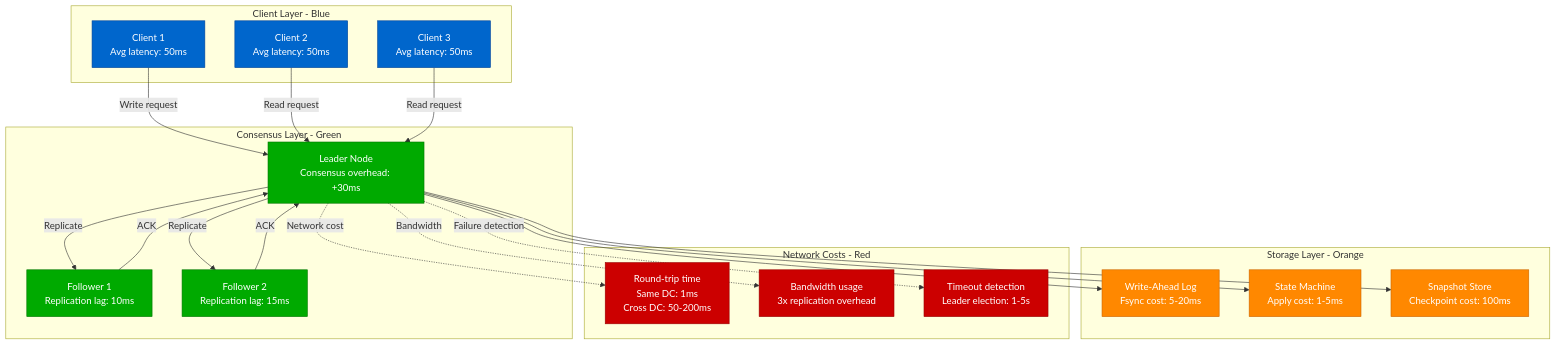
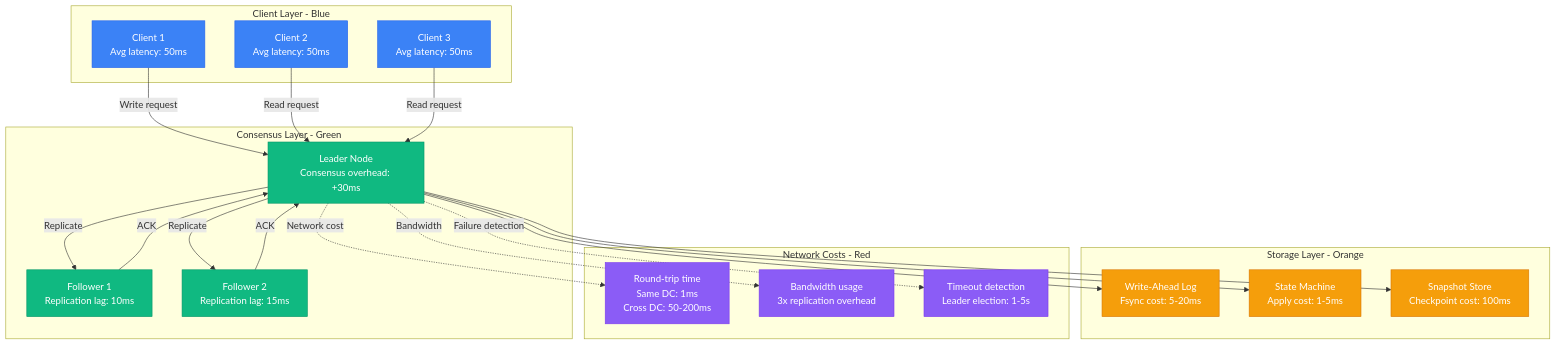
The first of 10 diagrams in site/docs/guarantees/linearizability/linearizability-performance.md (deepaucksharma/DS), drawn with Mermaid before and after one commit. The commit also changed other lines of this file and 303 other files, not shown here.

````diff
--- a/site/docs/guarantees/linearizability/linearizability-performance.md
+++ b/site/docs/guarantees/linearizability/linearizability-performance.md
@@ -9,55 +9,55 @@
 ```mermaid
 graph TB
     subgraph ClientLayer[Client Layer - Blue]
         C1[Client 1<br/>Avg latency: 50ms]
         C2[Client 2<br/>Avg latency: 50ms]
         C3[Client 3<br/>Avg latency: 50ms]
     end
 
     subgraph ConsensusLayer[Consensus Layer - Green]
         L[Leader Node<br/>Consensus overhead: +30ms]
         F1[Follower 1<br/>Replication lag: 10ms]
         F2[Follower 2<br/>Replication lag: 15ms]
     end
 
     subgraph StorageLayer[Storage Layer - Orange]
         WAL[Write-Ahead Log<br/>Fsync cost: 5-20ms]
         SM[State Machine<br/>Apply cost: 1-5ms]
         SS[Snapshot Store<br/>Checkpoint cost: 100ms]
     end
 
     subgraph NetworkLayer[Network Costs - Red]
         RTT[Round-trip time<br/>Same DC: 1ms<br/>Cross DC: 50-200ms]
         BW[Bandwidth usage<br/>3x replication overhead]
         TO[Timeout detection<br/>Leader election: 1-5s]
     end
 
     %% Performance paths
     C1 -->|Write request| L
     C2 -->|Read request| L
     C3 -->|Read request| L
 
     L -->|Replicate| F1
     L -->|Replicate| F2
     F1 -->|ACK| L
     F2 -->|ACK| L
 
     L --> WAL
     L --> SM
     L --> SS
 
     L -.->|Network cost| RTT
     L -.->|Bandwidth| BW
     L -.->|Failure detection| TO
 
     %% Apply 4-plane colors
-    classDef clientStyle fill:#0066CC,stroke:#004499,color:#fff
-    classDef consensusStyle fill:#00AA00,stroke:#007700,color:#fff
-    classDef storageStyle fill:#FF8800,stroke:#CC6600,color:#fff
-    classDef networkStyle fill:#CC0000,stroke:#990000,color:#fff
+    classDef clientStyle fill:#3B82F6,stroke:#2563EB,color:#fff
+    classDef consensusStyle fill:#10B981,stroke:#059669,color:#fff
+    classDef storageStyle fill:#F59E0B,stroke:#D97706,color:#fff
+    classDef networkStyle fill:#8B5CF6,stroke:#7C3AED,color:#fff
 
     class C1,C2,C3 clientStyle
     class L,F1,F2 consensusStyle
     class WAL,SM,SS storageStyle
     class RTT,BW,TO networkStyle
 ```
````
